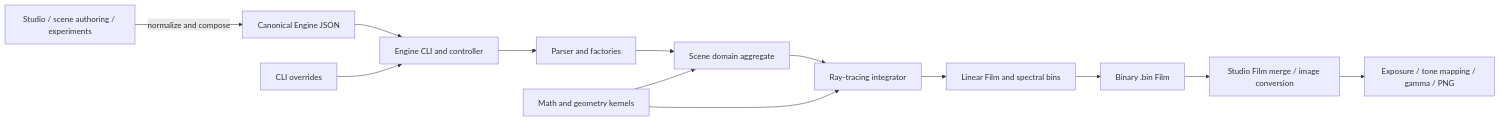
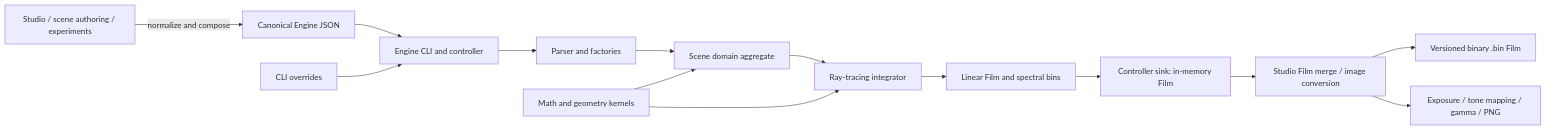
Before and after one commit to Algo2147483647/Ray: the first of 3 diagrams in docs/engine-system-architecture-and-rendering-pipeline.md, drawn with Mermaid. The commit also changed other lines of this file and 12 other files, not shown here.

````diff
--- a/docs/engine-system-architecture-and-rendering-pipeline.md
+++ b/docs/engine-system-architecture-and-rendering-pipeline.md
@@ -24,16 +24,17 @@
 ```mermaid
 flowchart LR
     A["Studio / scene authoring / experiments"] -->|"normalize and compose"| B["Canonical Engine JSON"]
     B --> C["Engine CLI and controller"]
     C --> D["Parser and factories"]
     D --> E["Scene domain aggregate"]
     E --> F["Ray-tracing integrator"]
     F --> G["Linear Film and spectral bins"]
-    G --> H["Binary .bin Film"]
+    G --> H["Controller sink: in-memory Film"]
     H --> I["Studio Film merge / image conversion"]
+    I --> K["Versioned binary .bin Film"]
     I --> J["Exposure / tone mapping / gamma / PNG"]
 
-    K["CLI overrides"] --> C
-    L["Math and geometry kernels"] --> E
-    L --> F
+    L["CLI overrides"] --> C
+    M["Math and geometry kernels"] --> E
+    M --> F
 ```
````
